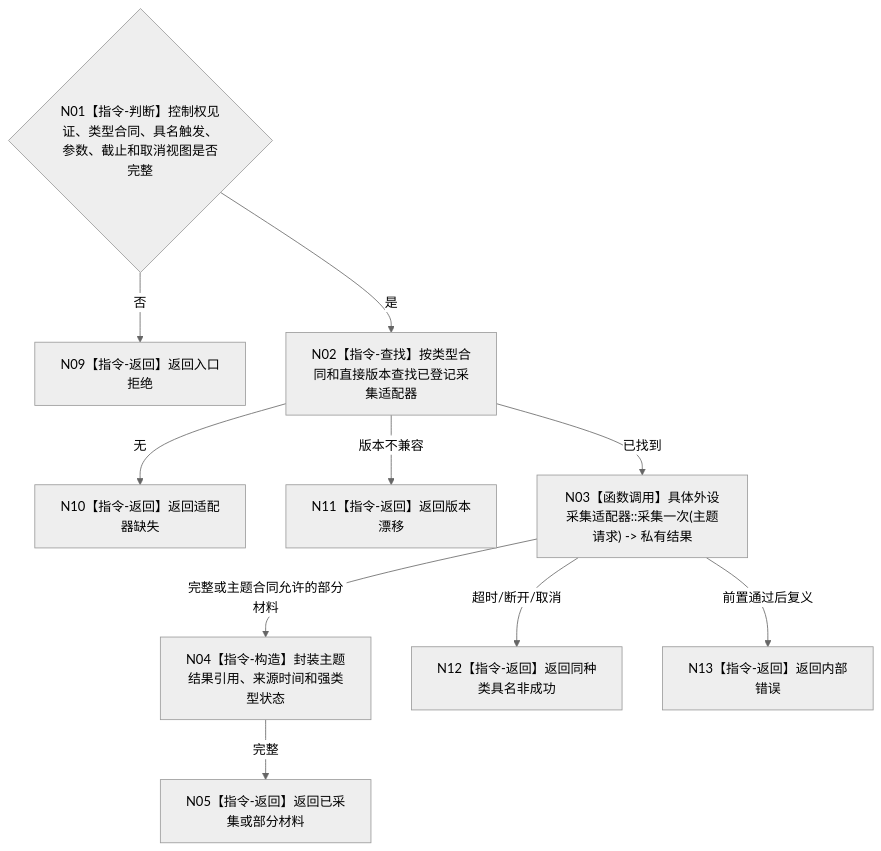
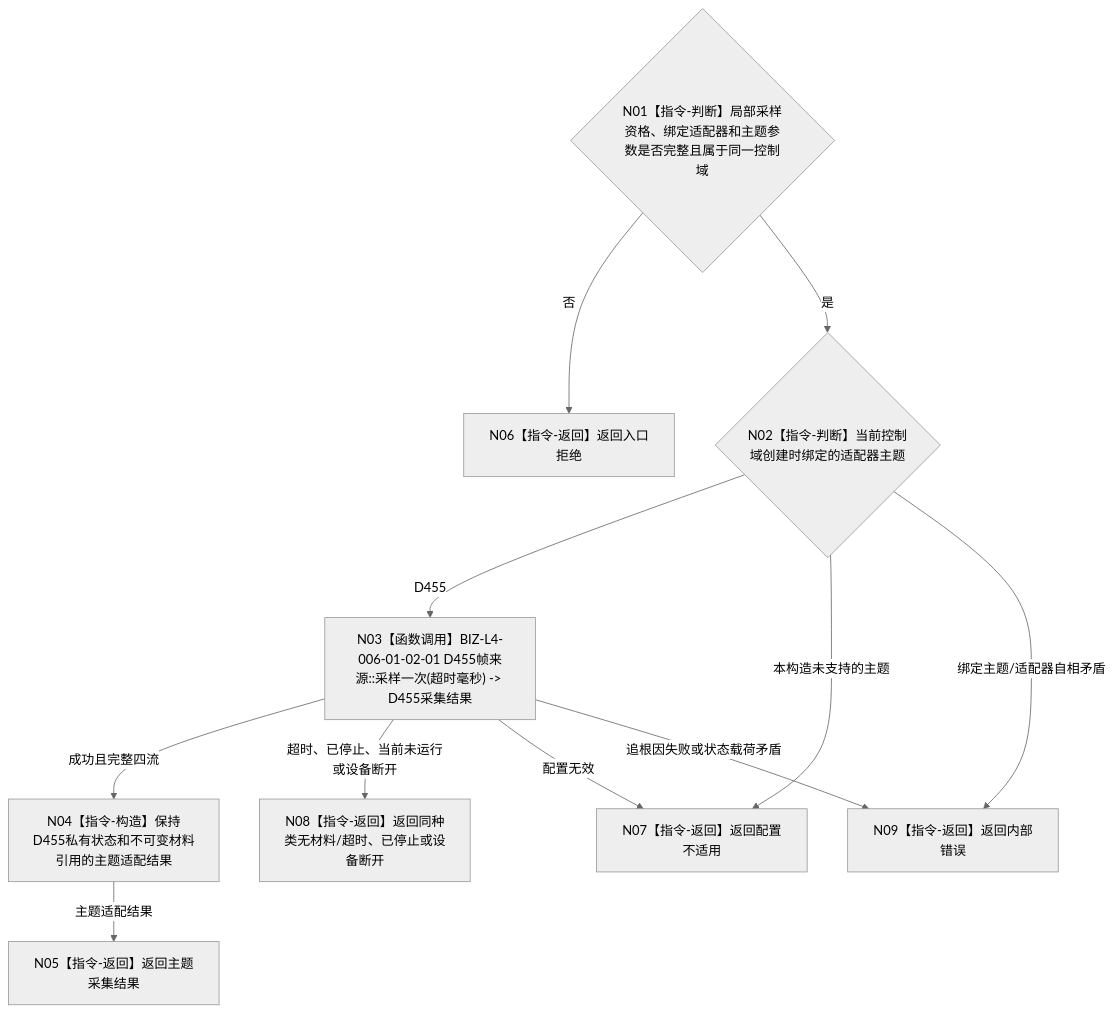
One commit to chunhaizh-cyber/HY-Ego changed the diagram in 流程图/目标业务流程图/L3/BIZ-L3-006-01-02_调用具体外设采集适配器_目标函数流程图_v0.2.md. Above: the diagram before and after it, drawn with Mermaid (neutral theme). The commit also changed other lines of this file and 17 other files, not shown here.

````diff
--- a/流程图/目标业务流程图/L3/BIZ-L3-006-01-02_调用具体外设采集适配器_目标函数流程图_v0.2.md
+++ b/流程图/目标业务流程图/L3/BIZ-L3-006-01-02_调用具体外设采集适配器_目标函数流程图_v0.2.md
@@ -31,12 +32,22 @@
 ```mermaid
 flowchart TD
-    N01{"N01【指令-判断】控制权见证、类型合同、具名触发、参数、截止和取消视图是否完整"} -->|否| N09["N09【指令-返回】返回入口拒绝"]
-    N01 -->|是| N02["N02【指令-查找】按类型合同和直接版本查找已登记采集适配器"]
-    N02 -->|无| N10["N10【指令-返回】返回适配器缺失"]
-    N02 -->|版本不兼容| N11["N11【指令-返回】返回版本漂移"]
-    N02 -->|已找到| N03["N03【函数调用】具体外设采集适配器::采集一次(主题请求) -> 私有结果"]
-    N03 -->|完整或主题合同允许的部分材料| N04["N04【指令-构造】封装主题结果引用、来源时间和强类型状态"]
-    N03 -->|超时/断开/取消| N12["N12【指令-返回】返回同种类具名非成功"]
-    N03 -->|前置通过后复义| N13["N13【指令-返回】返回内部错误"]
-    N04 -->|完整| N05["N05【指令-返回】返回已采集或部分材料"]
+    N01{"N01【指令-判断】局部采样资格、绑定适配器和主题参数是否完整且属于同一控制域"}
+    N02{"N02【指令-判断】当前控制域创建时绑定的适配器主题"}
+    N03["N03【函数调用】BIZ-L4-006-01-02-01 D455帧来源::采样一次(超时毫秒) -> D455采集结果"]
+    N04["N04【指令-构造】保持D455私有状态和不可变材料引用的主题适配结果"]
+    N05["N05【指令-返回】返回主题采集结果"]
+    N06["N06【指令-返回】返回入口拒绝"]
+    N07["N07【指令-返回】返回配置不适用"]
+    N08["N08【指令-返回】返回同种类无材料/超时、已停止或设备断开"]
+    N09["N09【指令-返回】返回内部错误"]
+
+    N01 -->|否| N06
+    N01 -->|是| N02
+    N02 -->|D455| N03
+    N02 -->|本构造未支持的主题| N07
+    N02 -->|绑定主题/适配器自相矛盾| N09
+    N03 -->|成功且完整四流| N04 -->|主题适配结果| N05
+    N03 -->|超时、已停止、当前未运行或设备断开| N08
+    N03 -->|配置无效| N07
+    N03 -->|追根因失败或状态载荷矛盾| N09
 ```
````
